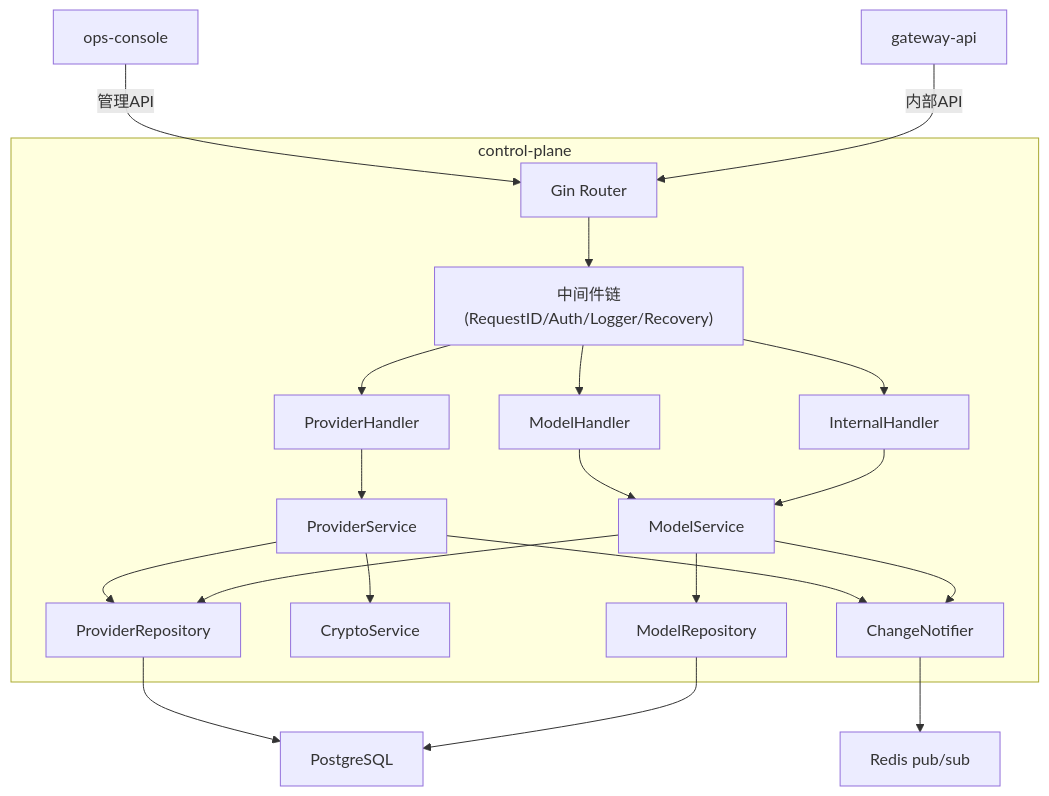
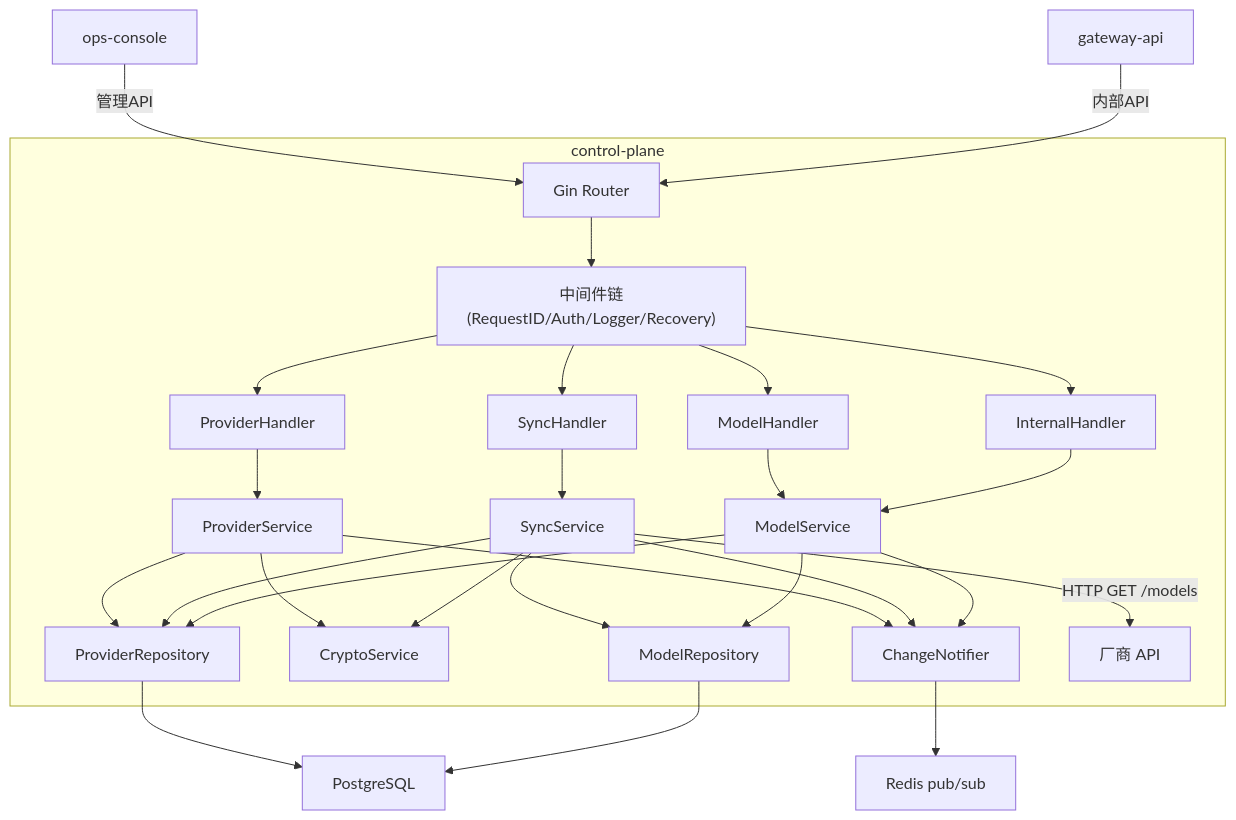
One commit to achieve-jsy/llm-gateway changed the first of 8 diagrams in xspec/modules/control-plane/design.md. Above: the diagram before and after it, drawn with Mermaid. The commit also changed other lines of this file and 231 other files, not shown here.

````diff
--- a/xspec/modules/control-plane/design.md
+++ b/xspec/modules/control-plane/design.md
@@ -72,25 +80,32 @@
 ```mermaid
 graph TD
     OC["ops-console"] -->|"管理API"| GinRouter["Gin Router"]
     GW["gateway-api"] -->|"内部API"| GinRouter
 
     subgraph "control-plane"
         GinRouter --> MW["中间件链\n(RequestID/Auth/Logger/Recovery)"]
         MW --> PH["ProviderHandler"]
         MW --> MH["ModelHandler"]
+        MW --> SH["SyncHandler"]
         MW --> IH["InternalHandler"]
         PH --> PS["ProviderService"]
         MH --> MS["ModelService"]
+        SH --> SS["SyncService"]
         IH --> MS
         PS --> PR["ProviderRepository"]
         PS --> Crypto["CryptoService"]
         PS --> Notifier["ChangeNotifier"]
+        SS --> MR["ModelRepository"]
+        SS --> PR
+        SS --> Crypto
+        SS -->|"HTTP GET /models"| Upstream["厂商 API"]
+        SS --> Notifier
         MS --> MR["ModelRepository"]
         MS --> PR
         MS --> Notifier
     end
 
     PR --> DB["PostgreSQL"]
     MR --> DB
     Notifier --> Redis["Redis pub/sub"]
 ```
````
